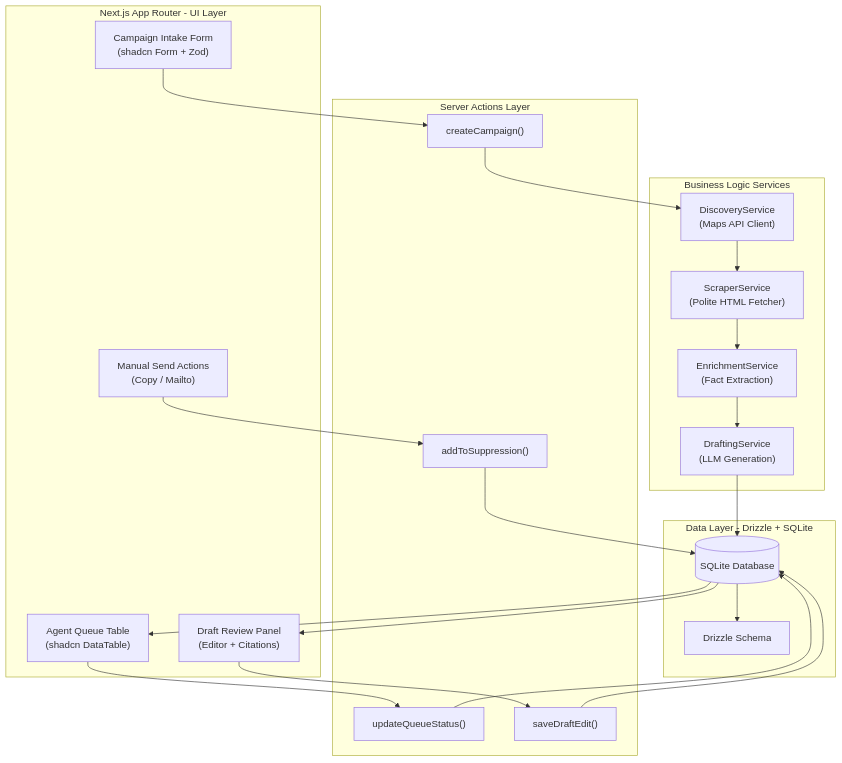
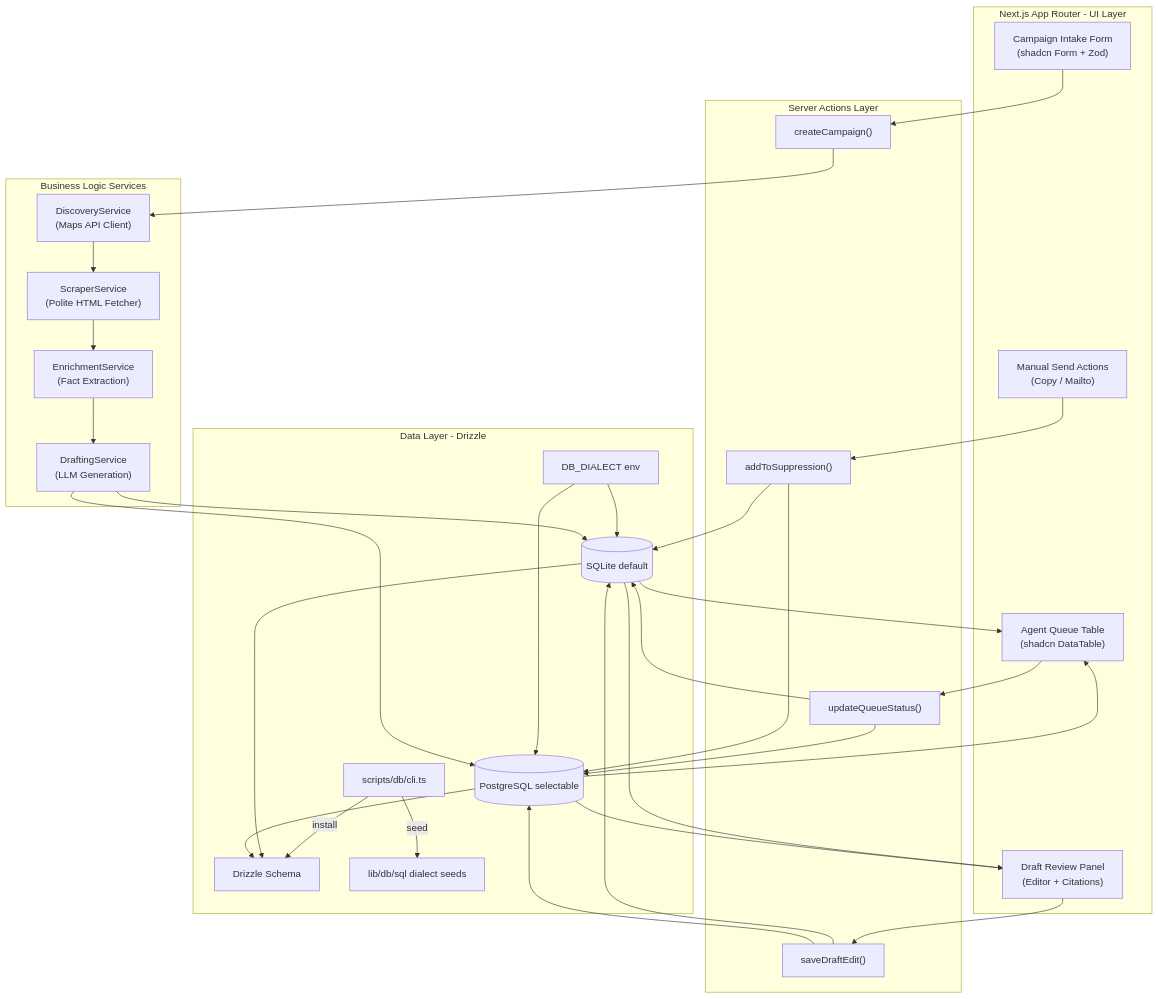
Before and after one commit to andrewleaf/leaf-digital-agent-lead: the second of 4 diagrams in .devtool/features/epic-application-architecture-2026-09-15.md, drawn with Mermaid. The commit also changed other lines of this file and 4 other files, not shown here.

Commit message:
Plan SQLite-now PostgreSQL-later database connection and CLI scaffolding.

````diff
--- a/.devtool/features/epic-application-architecture-2026-09-15.md
+++ b/.devtool/features/epic-application-architecture-2026-09-15.md
@@ -278,46 +296,62 @@
 ```mermaid
 flowchart TD
     subgraph UI [Next.js App Router - UI Layer]
         CampaignForm["Campaign Intake Form<br/>(shadcn Form + Zod)"]
         QueueTable["Agent Queue Table<br/>(shadcn DataTable)"]
         DraftPanel["Draft Review Panel<br/>(Editor + Citations)"]
         SendActions["Manual Send Actions<br/>(Copy / Mailto)"]
     end
 
     subgraph Actions [Server Actions Layer]
         CreateCampaign["createCampaign()"]
         UpdateStatus["updateQueueStatus()"]
         SaveDraft["saveDraftEdit()"]
         AddSuppression["addToSuppression()"]
     end
 
     subgraph Services [Business Logic Services]
         Discovery["DiscoveryService<br/>(Maps API Client)"]
         Scraper["ScraperService<br/>(Polite HTML Fetcher)"]
         Enrichment["EnrichmentService<br/>(Fact Extraction)"]
         Drafting["DraftingService<br/>(LLM Generation)"]
     end
 
-    subgraph Data [Data Layer - Drizzle + SQLite]
-        DB[(SQLite Database)]
+    subgraph Data [Data Layer - Drizzle]
+        Env["DB_DIALECT env"]
+        SQLite[(SQLite default)]
+        Postgres[(PostgreSQL selectable)]
         Schema["Drizzle Schema"]
+        DataSql["lib/db/sql dialect seeds"]
+        Cli["scripts/db/cli.ts"]
     end
+
+    Env --> SQLite
+    Env --> Postgres
+    Cli -->|"install"| Schema
+    Cli -->|"seed"| DataSql
+    SQLite --> Schema
+    Postgres --> Schema
 
     CampaignForm --> CreateCampaign
     CreateCampaign --> Discovery
     Discovery --> Scraper
     Scraper --> Enrichment
     Enrichment --> Drafting
-    Drafting --> DB
+    Drafting --> SQLite
+    Drafting --> Postgres
 
     QueueTable --> UpdateStatus
-    UpdateStatus --> DB
+    UpdateStatus --> SQLite
+    UpdateStatus --> Postgres
     DraftPanel --> SaveDraft
-    SaveDraft --> DB
+    SaveDraft --> SQLite
+    SaveDraft --> Postgres
     SendActions --> AddSuppression
-    AddSuppression --> DB
+    AddSuppression --> SQLite
+    AddSuppression --> Postgres
 
-    DB --> Schema
-    DB --> QueueTable
-    DB --> DraftPanel
+    SQLite --> QueueTable
+    Postgres --> QueueTable
+    SQLite --> DraftPanel
+    Postgres --> DraftPanel
 ```
````
